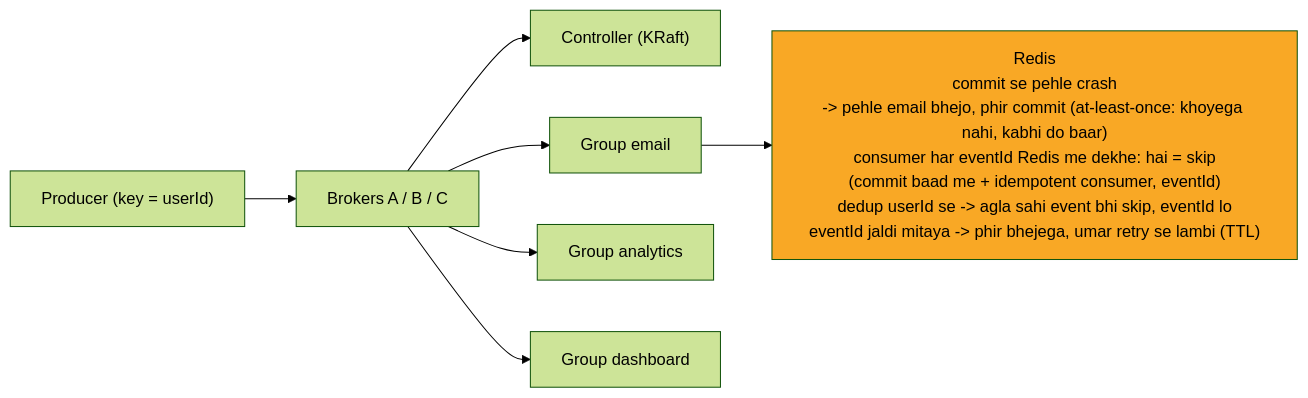
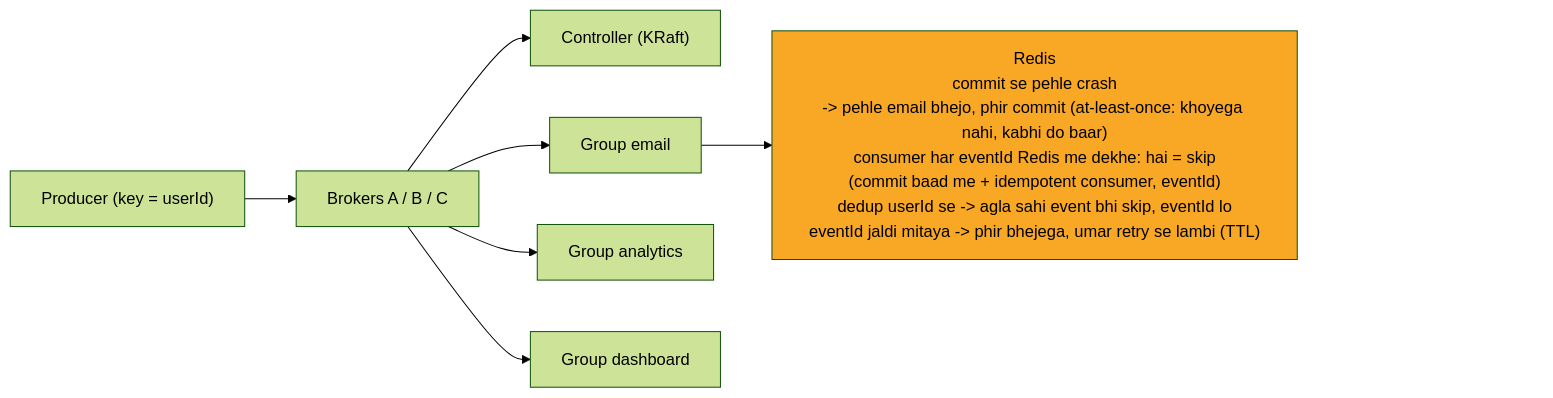
Before and after one commit to ArpanMaheshwari144/Prep: the eighth of 12 diagrams in 04_HLD/SYSTEM_DESIGNS/12_message_queue_kafka/12_message_queue_kafka.md, drawn with Mermaid (forest theme). The commit also changed other lines of this file and 13 other files, not shown here.

Commit message:
hld 14 file: har diagram ke daayein andekha dabba, zoom button asli dabbe pe na aaye

````diff
--- a/04_HLD/SYSTEM_DESIGNS/12_message_queue_kafka/12_message_queue_kafka.md
+++ b/04_HLD/SYSTEM_DESIGNS/12_message_queue_kafka/12_message_queue_kafka.md
@@ -288,18 +309,21 @@
 ```mermaid
 %%{init: {"flowchart": {"wrappingWidth": 450}}}%%
 flowchart LR
     n_P["Producer (key = userId)"]
     n_B["Brokers A / B / C"]
     n_K["Controller (KRaft)"]
     n_GE["Group email"]
     n_R["Redis<br/>commit se pehle crash<br/>-> pehle email bhejo, phir commit (at-least-once: khoyega nahi, kabhi do baar)<br/>consumer har eventId Redis me dekhe: hai = skip<br/>(commit baad me + idempotent consumer, eventId)<br/>dedup userId se -> agla sahi event bhi skip, eventId lo<br/>eventId jaldi mitaya -> phir bhejega, umar retry se lambi (TTL)"]
     n_GA["Group analytics"]
     n_GD["Group dashboard"]
     n_P --> n_B
     n_B --> n_K
     n_B --> n_GE
     n_B --> n_GA
     n_B --> n_GD
     n_GE --> n_R
+    n_pad["xxxxxxxxxxxxxxxx"]
+    n_R ~~~ n_pad
     style n_R fill:#f9a825,color:#000
+    style n_pad fill:none,stroke:none,color:#ffffff00
 ```
````
